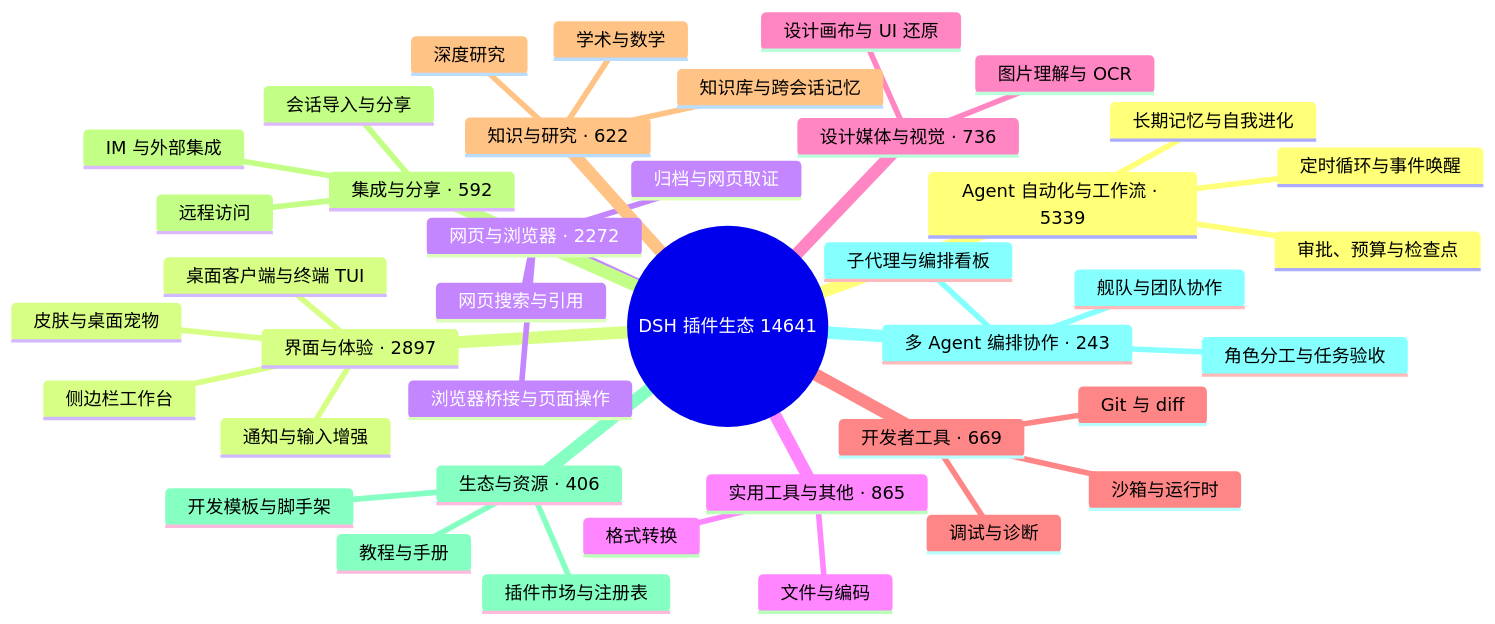
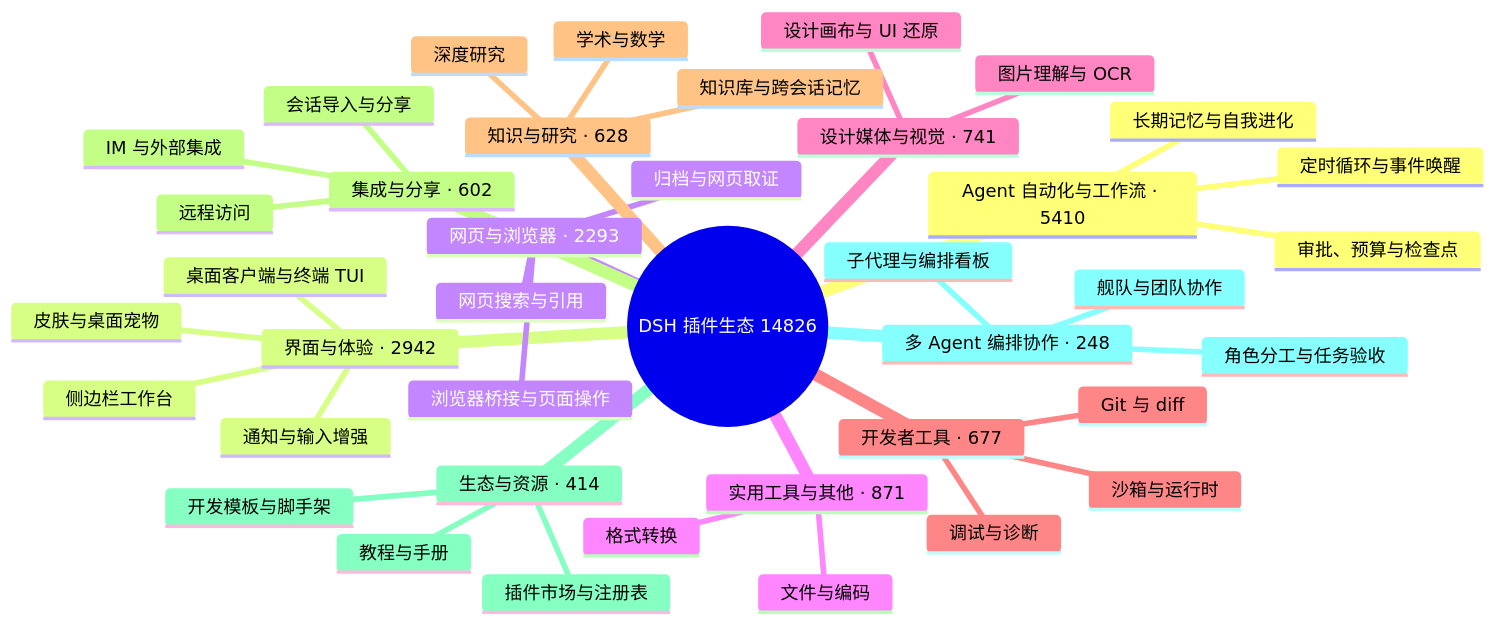
One commit to bruc3van/awesome-dsh-plugin changed the diagram in README.md. Above: the diagram before and after it, drawn with Mermaid. The commit also changed other lines of this file and 22 other files, not shown here.

````diff
--- a/README.md
+++ b/README.md
@@ -16,43 +16,43 @@
 ```mermaid
 mindmap
-  root((DSH 插件生态 14641))
-    Agent 自动化与工作流 · 5339
+  root((DSH 插件生态 14826))
+    Agent 自动化与工作流 · 5410
       定时循环与事件唤醒
       长期记忆与自我进化
       审批、预算与检查点
-    界面与体验 · 2897
+    界面与体验 · 2942
       桌面客户端与终端 TUI
       侧边栏工作台
       皮肤与桌面宠物
       通知与输入增强
-    网页与浏览器 · 2272
+    网页与浏览器 · 2293
       浏览器桥接与页面操作
       网页搜索与引用
       归档与网页取证
-    实用工具与其他 · 865
+    实用工具与其他 · 871
       文件与编码
       格式转换
-    设计媒体与视觉 · 736
+    设计媒体与视觉 · 741
       图片理解与 OCR
       设计画布与 UI 还原
-    开发者工具 · 669
+    开发者工具 · 677
       Git 与 diff
       沙箱与运行时
       调试与诊断
-    知识与研究 · 622
+    知识与研究 · 628
       知识库与跨会话记忆
       深度研究
       学术与数学
-    集成与分享 · 592
+    集成与分享 · 602
       会话导入与分享
       远程访问
       IM 与外部集成
-    生态与资源 · 406
+    生态与资源 · 414
       插件市场与注册表
       开发模板与脚手架
       教程与手册
-    多 Agent 编排协作 · 243
+    多 Agent 编排协作 · 248
       子代理与编排看板
       舰队与团队协作
       角色分工与任务验收
 ```
````
